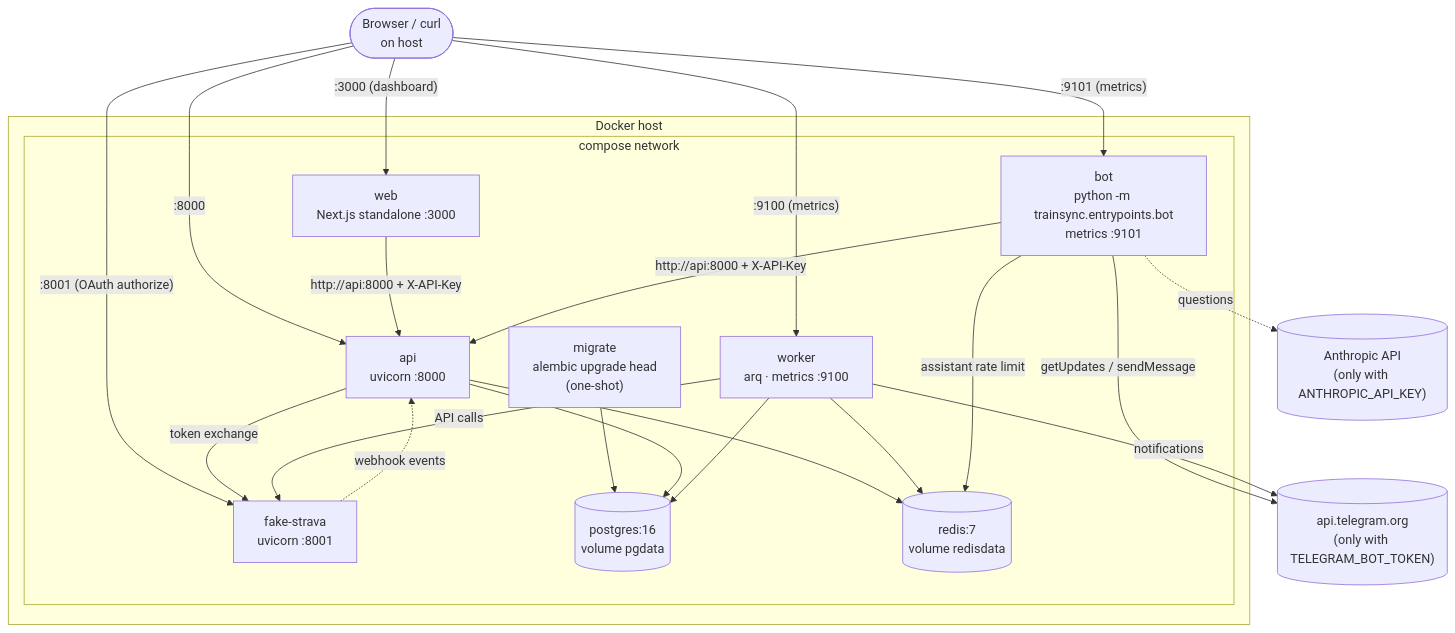
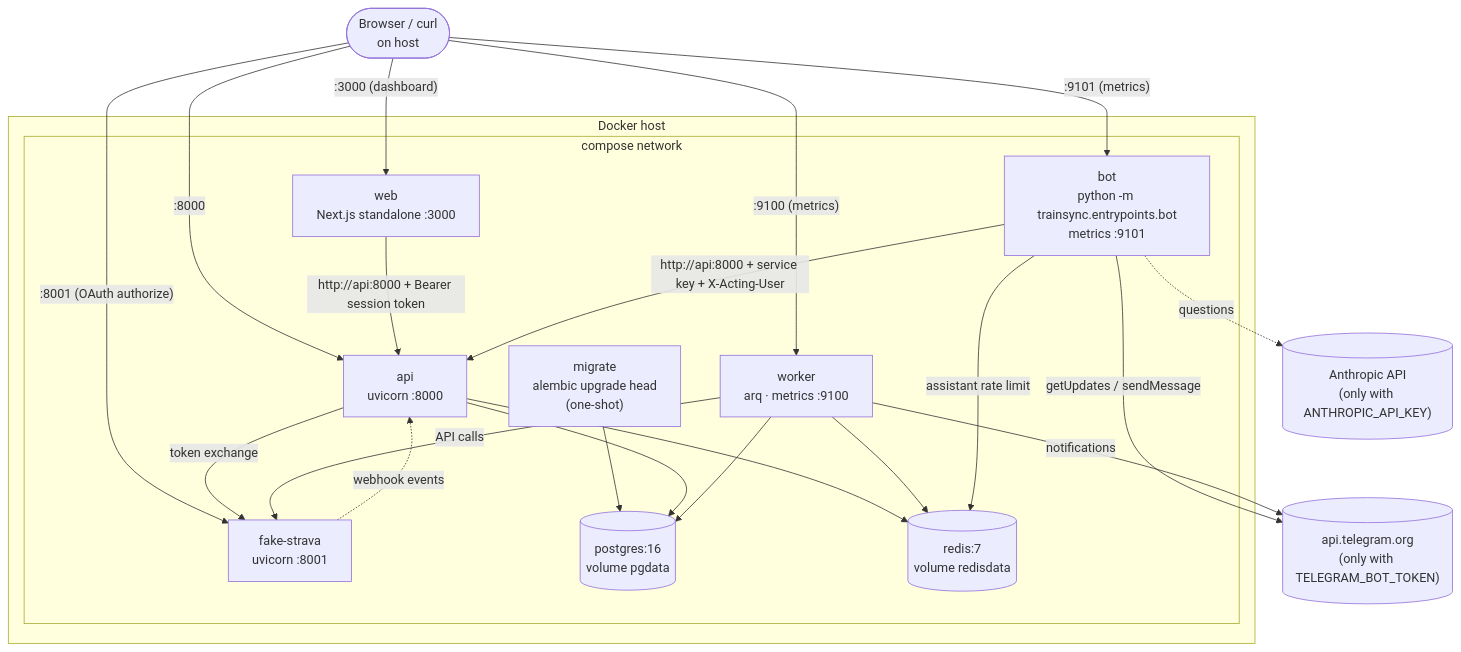
One commit to umutaydins/trainsync changed the second of 34 diagrams in docs/diagrams.md. Above: the diagram before and after it, drawn with Mermaid. The commit also changed other lines of this file and 8 other files, not shown here.

Commit message:
P8.8 docs: accounts, Telegram linking, auth modes, tenancy data model, diagrams (ER, components, sign-up/login and /link sequences), env tables, Strava athlete capacity, layout; the bot links on the dashboard's /start CODE deep link

````diff
--- a/docs/diagrams.md
+++ b/docs/diagrams.md
@@ -143,39 +161,39 @@
 ```mermaid
 flowchart TB
     browser(["Browser / curl<br/>on host"])
     telegram[("api.telegram.org<br/>(only with TELEGRAM_BOT_TOKEN)")]
     anthropic[("Anthropic API<br/>(only with ANTHROPIC_API_KEY)")]
 
     subgraph host["Docker host"]
         subgraph net["compose network"]
             web["web<br/>Next.js standalone :3000"]
             api["api<br/>uvicorn :8000"]
             worker["worker<br/>arq · metrics :9100"]
             bot["bot<br/>python -m trainsync.entrypoints.bot<br/>metrics :9101"]
             migrate["migrate<br/>alembic upgrade head<br/>(one-shot)"]
             fake["fake-strava<br/>uvicorn :8001"]
             pg[("postgres:16<br/>volume pgdata")]
             rd[("redis:7<br/>volume redisdata")]
         end
     end
 
     browser -- ":3000 (dashboard)" --> web
     browser -- ":8000" --> api
     browser -- ":9100 (metrics)" --> worker
     browser -- ":9101 (metrics)" --> bot
     browser -- ":8001 (OAuth authorize)" --> fake
-    web -- "http://api:8000 + X-API-Key" --> api
-    bot -- "http://api:8000 + X-API-Key" --> api
+    web -- "http://api:8000 + Bearer session token" --> api
+    bot -- "http://api:8000 + service key + X-Acting-User" --> api
     migrate --> pg
     api --> pg
     api --> rd
     worker --> pg
     worker --> rd
     bot -- "assistant rate limit" --> rd
     api -- "token exchange" --> fake
     worker -- "API calls" --> fake
     fake -. "webhook events" .-> api
     bot -- "getUpdates / sendMessage" --> telegram
     worker -- "notifications" --> telegram
     bot -. "questions" .-> anthropic
 ```
````
